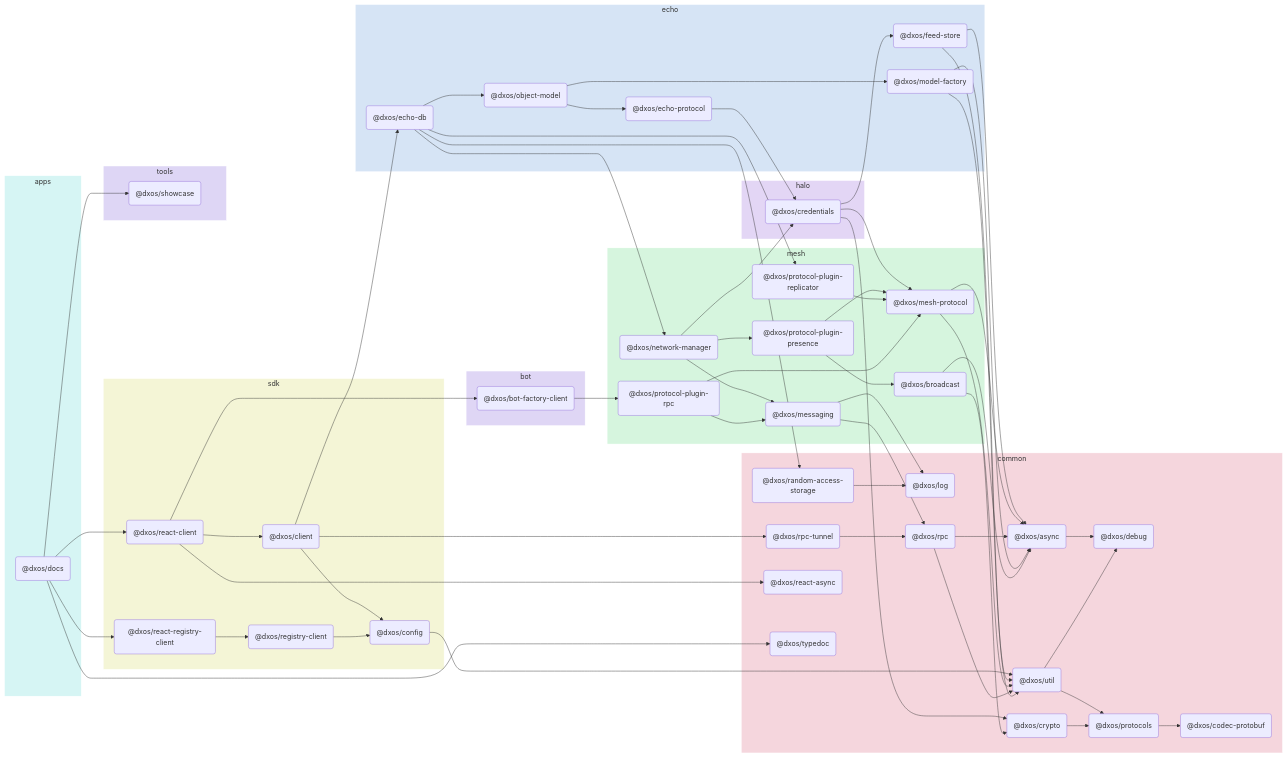
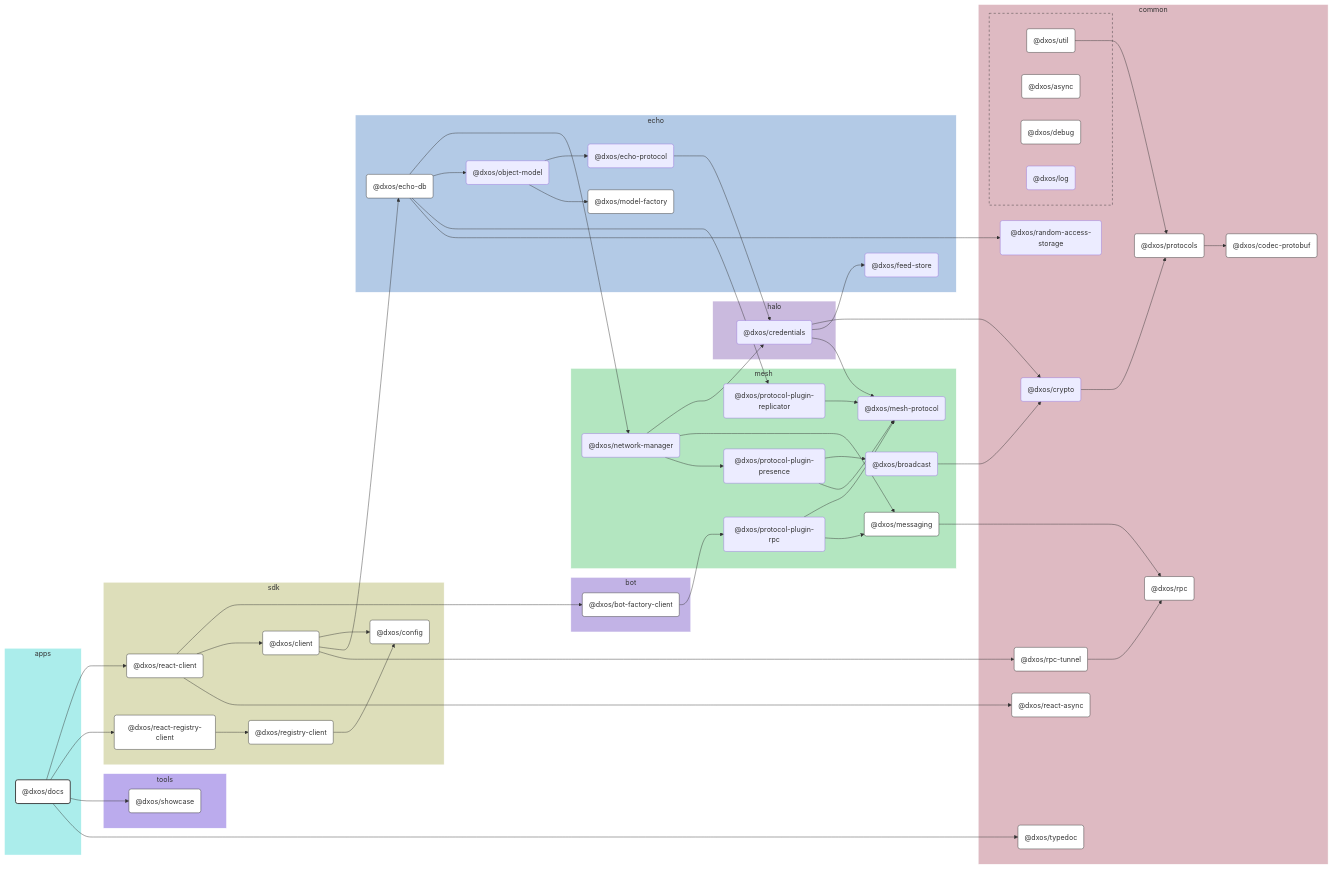
The diagram in apps/docs/docs/README.md (dxos/dxos), drawn with Mermaid before and after one commit. The commit also changed other lines of this file and 109 other files, not shown here.

````diff
--- a/apps/docs/docs/README.md
+++ b/apps/docs/docs/README.md
@@ -5,120 +7,172 @@
 ```mermaid
-flowchart LR;
+%%{ init: {'flowchart':{'curve':'basis'}} }%%
 
+flowchart LR
+
+%% Links
+dxos/bot-factory-client --> dxos/protocol-plugin-rpc;
+dxos/broadcast --> dxos/crypto;
+dxos/client --> dxos/config;
+dxos/client --> dxos/echo-db;
+dxos/client --> dxos/rpc-tunnel;
+dxos/credentials --> dxos/crypto;
+dxos/credentials --> dxos/feed-store;
+dxos/credentials --> dxos/mesh-protocol;
+dxos/crypto --> dxos/protocols;
+dxos/docs --> dxos/react-client;
+dxos/docs --> dxos/react-registry-client;
+dxos/docs --> dxos/showcase;
+dxos/docs --> dxos/typedoc;
+dxos/echo-db --> dxos/network-manager;
+dxos/echo-db --> dxos/object-model;
+dxos/echo-db --> dxos/protocol-plugin-replicator;
+dxos/echo-db --> dxos/random-access-storage;
+dxos/echo-protocol --> dxos/credentials;
+dxos/messaging --> dxos/rpc;
+dxos/network-manager --> dxos/credentials;
+dxos/network-manager --> dxos/messaging;
+dxos/network-manager --> dxos/protocol-plugin-presence;
+dxos/object-model --> dxos/echo-protocol;
+dxos/object-model --> dxos/model-factory;
+dxos/protocol-plugin-presence --> dxos/broadcast;
+dxos/protocol-plugin-presence --> dxos/mesh-protocol;
+dxos/protocol-plugin-replicator --> dxos/mesh-protocol;
+dxos/protocol-plugin-rpc --> dxos/mesh-protocol;
+dxos/protocol-plugin-rpc --> dxos/messaging;
+dxos/protocols --> dxos/codec-protobuf;
+dxos/react-client --> dxos/bot-factory-client;
+dxos/react-client --> dxos/client;
+dxos/react-client --> dxos/react-async;
+dxos/react-registry-client --> dxos/registry-client;
+dxos/registry-client --> dxos/config;
+dxos/rpc-tunnel --> dxos/rpc;
+dxos/util --> dxos/protocols;
+
+%% Sections
 subgraph apps
-  style apps fill:#d6f5f4,stroke:#fff;
-  dxos/docs("@dxos/docs");
+  style apps fill:#abedeb,stroke:#fff;
+
+  dxos/docs("@dxos/docs")
 end
 
 subgraph sdk
-  style sdk fill:#f4f5d6,stroke:#fff;
-  dxos/client("@dxos/client");
-  dxos/config("@dxos/config");
-  dxos/react-client("@dxos/react-client");
-  dxos/react-registry-client("@dxos/react-registry-client");
-  dxos/registry-client("@dxos/registry-client");
+  style sdk fill:#dddeba,stroke:#fff;
+
+  dxos/client("@dxos/client")
+  dxos/config("@dxos/config")
+  dxos/react-client("@dxos/react-client")
+  dxos/react-registry-client("@dxos/react-registry-client")
+  dxos/registry-client("@dxos/registry-client")
 end
 
 subgraph common
-  style common fill:#f5d6dd,stroke:#fff;
-  dxos/async("@dxos/async");
-  dxos/debug("@dxos/debug");
-  dxos/codec-protobuf("@dxos/codec-protobuf");
-  dxos/protocols("@dxos/protocols");
-  dxos/util("@dxos/util");
-  dxos/log("@dxos/log");
-  dxos/crypto("@dxos/crypto");
-  dxos/rpc("@dxos/rpc");
-  dxos/random-access-storage("@dxos/random-access-storage");
-  dxos/rpc-tunnel("@dxos/rpc-tunnel");
-  dxos/react-async("@dxos/react-async");
-  dxos/typedoc("@dxos/typedoc");
+  style common fill:#debac2,stroke:#fff;
+
+  dxos/codec-protobuf("@dxos/codec-protobuf")
+  dxos/crypto("@dxos/crypto")
+  dxos/protocols("@dxos/protocols")
+  dxos/random-access-storage("@dxos/random-access-storage")
+  dxos/react-async("@dxos/react-async")
+  dxos/rpc("@dxos/rpc")
+  dxos/rpc-tunnel("@dxos/rpc-tunnel")
+  dxos/typedoc("@dxos/typedoc")
+
+  subgraph common-excluded [ ]
+    style common-excluded fill:#debac2,stroke:#333,stroke-dasharray:5 5;
+
+    dxos/async("@dxos/async")
+    dxos/debug("@dxos/debug")
+    dxos/log("@dxos/log")
+    dxos/util("@dxos/util")
+  end
 end
 
 subgraph echo
-  style echo fill:#d6e4f5,stroke:#fff;
-  dxos/echo-db("@dxos/echo-db");
-  dxos/feed-store("@dxos/feed-store");
-  dxos/echo-protocol("@dxos/echo-protocol");
-  dxos/model-factory("@dxos/model-factory");
-  dxos/object-model("@dxos/object-model");
+  style echo fill:#b3cae6,stroke:#fff;
+
+  dxos/echo-db("@dxos/echo-db")
+  dxos/echo-protocol("@dxos/echo-protocol")
+  dxos/feed-store("@dxos/feed-store")
+  dxos/model-factory("@dxos/model-factory")
+  dxos/object-model("@dxos/object-model")
 end
 
 subgraph halo
-  style halo fill:#e3d6f5,stroke:#fff;
-  dxos/credentials("@dxos/credentials");
+  style halo fill:#cabade,stroke:#fff;
+
+  dxos/credentials("@dxos/credentials")
 end
 
 subgraph mesh
-  style mesh fill:#d6f5de,stroke:#fff;
-  dxos/mesh-protocol("@dxos/mesh-protocol");
-  dxos/messaging("@dxos/messaging");
-  dxos/network-manager("@dxos/network-manager");
-  dxos/protocol-plugin-presence("@dxos/protocol-plugin-presence");
-  dxos/broadcast("@dxos/broadcast");
-  dxos/protocol-plugin-replicator("@dxos/protocol-plugin-replicator");
-  dxos/protocol-plugin-rpc("@dxos/protocol-plugin-rpc");
+  style mesh fill:#b3e6c0,stroke:#fff;
+
+  dxos/broadcast("@dxos/broadcast")
+  dxos/mesh-protocol("@dxos/mesh-protocol")
+  dxos/messaging("@dxos/messaging")
+  dxos/network-manager("@dxos/network-manager")
+  dxos/protocol-plugin-presence("@dxos/protocol-plugin-presence")
+  dxos/protocol-plugin-replicator("@dxos/protocol-plugin-replicator")
+  dxos/protocol-plugin-rpc("@dxos/protocol-plugin-rpc")
 end
 
 subgraph bot
-  style bot fill:#dfd6f5,stroke:#fff;
-  dxos/bot-factory-client("@dxos/bot-factory-client");
+  style bot fill:#c2b3e6,stroke:#fff;
+
+  dxos/bot-factory-client("@dxos/bot-factory-client")
 end
 
 subgraph tools
-  style tools fill:#ded6f5,stroke:#fff;
-  dxos/showcase("@dxos/showcase");
+  style tools fill:#bbabed,stroke:#fff;
+
+  dxos/showcase("@dxos/showcase")
 end
 
-dxos/async --> dxos/debug;
-dxos/client --> dxos/config;
-dxos/protocols --> dxos/codec-protobuf;
-dxos/config --> dxos/util;
-dxos/util --> dxos/debug;
-dxos/util --> dxos/protocols;
-dxos/client --> dxos/echo-db;
-dxos/credentials --> dxos/crypto;
-dxos/crypto --> dxos/protocols;
-dxos/credentials --> dxos/feed-store;
-dxos/feed-store --> dxos/async;
-dxos/feed-store --> dxos/util;
-dxos/credentials --> dxos/mesh-protocol;
-dxos/mesh-protocol --> dxos/async;
-dxos/mesh-protocol --> dxos/util;
-dxos/echo-protocol --> dxos/credentials;
-dxos/messaging --> dxos/log;
-dxos/messaging --> dxos/rpc;
-dxos/rpc --> dxos/async;
-dxos/rpc --> dxos/util;
-dxos/model-factory --> dxos/async;
-dxos/model-factory --> dxos/util;
-dxos/echo-db --> dxos/network-manager;
-dxos/network-manager --> dxos/credentials;
-dxos/network-manager --> dxos/messaging;
-dxos/network-manager --> dxos/protocol-plugin-presence;
-dxos/protocol-plugin-presence --> dxos/broadcast;
-dxos/broadcast --> dxos/async;
-dxos/broadcast --> dxos/crypto;
-dxos/protocol-plugin-presence --> dxos/mesh-protocol;
-dxos/echo-db --> dxos/object-model;
-dxos/object-model --> dxos/echo-protocol;
-dxos/object-model --> dxos/model-factory;
-dxos/echo-db --> dxos/protocol-plugin-replicator;
-dxos/protocol-plugin-replicator --> dxos/mesh-protocol;
-dxos/echo-db --> dxos/random-access-storage;
-dxos/random-access-storage --> dxos/log;
-dxos/client --> dxos/rpc-tunnel;
-dxos/rpc-tunnel --> dxos/rpc;
-dxos/docs --> dxos/react-client;
-dxos/react-client --> dxos/bot-factory-client;
-dxos/bot-factory-client --> dxos/protocol-plugin-rpc;
-dxos/protocol-plugin-rpc --> dxos/messaging;
-dxos/protocol-plugin-rpc --> dxos/mesh-protocol;
-dxos/react-client --> dxos/client;
-dxos/react-client --> dxos/react-async;
-dxos/docs --> dxos/react-registry-client;
-dxos/react-registry-client --> dxos/registry-client;
-dxos/registry-client --> dxos/config;
-dxos/docs --> dxos/showcase;
-dxos/docs --> dxos/typedoc;
+
+%% Hyperlinks
+click dxos/async href "https:/github.com/dxos/dxos/tree/main/packages/common/async/docs";
+click dxos/bot-factory-client href "https:/github.com/dxos/dxos/tree/main/packages/bot/bot-factory-client/docs";
+click dxos/client href "https:/github.com/dxos/dxos/tree/main/packages/sdk/client/docs";
+click dxos/codec-protobuf href "https:/github.com/dxos/dxos/tree/main/packages/common/codec-protobuf/docs";
+click dxos/config href "https:/github.com/dxos/dxos/tree/main/packages/sdk/config/docs";
+click dxos/debug href "https:/github.com/dxos/dxos/tree/main/packages/common/debug/docs";
+click dxos/echo-db href "https:/github.com/dxos/dxos/tree/main/packages/echo/echo-db/docs";
+click dxos/messaging href "https:/github.com/dxos/dxos/tree/main/packages/mesh/messaging/docs";
+click dxos/model-factory href "https:/github.com/dxos/dxos/tree/main/packages/echo/model-factory/docs";
+click dxos/protocols href "https:/github.com/dxos/dxos/tree/main/packages/common/protocols/docs";
+click dxos/react-async href "https:/github.com/dxos/dxos/tree/main/packages/common/react-async/docs";
+click dxos/react-client href "https:/github.com/dxos/dxos/tree/main/packages/sdk/react-client/docs";
+click dxos/react-registry-client href "https:/github.com/dxos/dxos/tree/main/packages/sdk/react-registry-client/docs";
+click dxos/registry-client href "https:/github.com/dxos/dxos/tree/main/packages/sdk/registry-client/docs";
+click dxos/rpc href "https:/github.com/dxos/dxos/tree/main/packages/common/rpc/docs";
+click dxos/rpc-tunnel href "https:/github.com/dxos/dxos/tree/main/packages/common/rpc-tunnel/docs";
+click dxos/showcase href "https:/github.com/dxos/dxos/tree/main/tools/showcase/docs";
+click dxos/typedoc href "https:/github.com/dxos/dxos/tree/main/packages/common/typedoc/docs";
+click dxos/util href "https:/github.com/dxos/dxos/tree/main/packages/common/util/docs";
+
+%% Styles
+classDef rootNode fill:#fff,stroke:#333,stroke-width:2px
+classDef defaultNode fill:#fff,stroke:#333,stroke-width:1px
+linkStyle default stroke:#333,stroke-width:1px
+
+dxos/docs:::rootNode
+
+dxos/async:::defaultNode
+dxos/bot-factory-client:::defaultNode
+dxos/client:::defaultNode
+dxos/codec-protobuf:::defaultNode
+dxos/config:::defaultNode
+dxos/debug:::defaultNode
+dxos/echo-db:::defaultNode
+dxos/messaging:::defaultNode
+dxos/model-factory:::defaultNode
+dxos/protocols:::defaultNode
+dxos/react-async:::defaultNode
+dxos/react-client:::defaultNode
+dxos/react-registry-client:::defaultNode
+dxos/registry-client:::defaultNode
+dxos/rpc:::defaultNode
+dxos/rpc-tunnel:::defaultNode
+dxos/showcase:::defaultNode
+dxos/typedoc:::defaultNode
+dxos/util:::defaultNode
 ```
````
